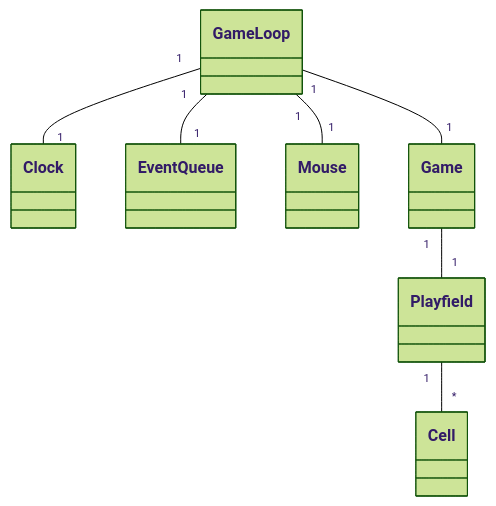
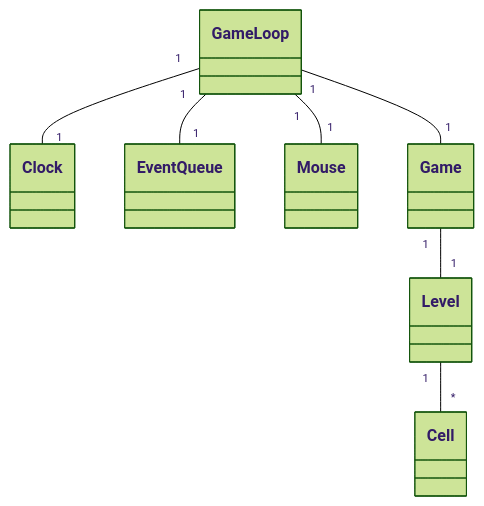
Before and after one commit to realtalin/ot-harjoitustyo: the first of 2 diagrams in dokumentaatio/arkkitehtuuri.md, drawn with Mermaid (forest theme).

Commit message:
Fix names again

````diff
--- a/dokumentaatio/arkkitehtuuri.md
+++ b/dokumentaatio/arkkitehtuuri.md
@@ -17,9 +17,9 @@
 ```mermaid
 classDiagram
   GameLoop "1" -- "1" Clock
   GameLoop "1" -- "1" EventQueue
   GameLoop "1" -- "1" Mouse
   GameLoop "1" -- "1" Game
-  Game "1" -- "1" Playfield
-  Playfield "1" -- "*" Cell
+  Game "1" -- "1" Level
+  Level "1" -- "*" Cell
 ```
````
